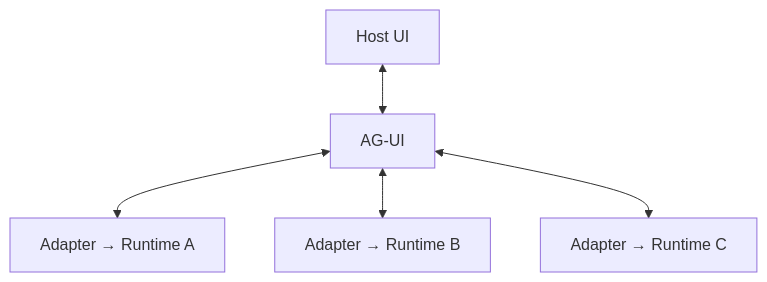
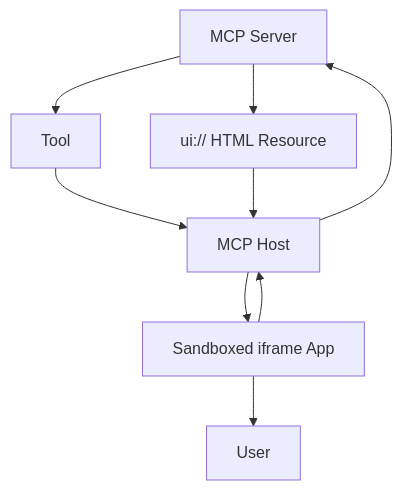
One commit to Nunchakus888/dossierkit changed the fifth of 19 diagrams in profiles/default/content/zh/notes/ag-ui-a2ui-agent-runtime-generative-ui-ai-native.mdx. Above: the diagram before and after it, drawn with Mermaid. The commit also changed other lines of this file, not shown here.

```diff
--- a/profiles/default/content/zh/notes/ag-ui-a2ui-agent-runtime-generative-ui-ai-native.mdx
+++ b/profiles/default/content/zh/notes/ag-ui-a2ui-agent-runtime-generative-ui-ai-native.mdx
@@ -353,7 +233,13 @@
 ~~~mermaid
 flowchart TB
-  U["Host UI"] <--> P["AG-UI"]
-  P <--> A1["Adapter → Runtime A"]
-  P <--> A2["Adapter → Runtime B"]
-  P <--> A3["Adapter → Runtime C"]
+  S["MCP Server"]
+  --> T["Tool"]
+  S --> R["ui:// HTML Resource"]
+
+  T --> H["MCP Host"]
+  R --> H
+  H --> V["Sandboxed iframe App"]
+  V --> U["User"]
+  V --> H
+  H --> S
 ~~~
```
